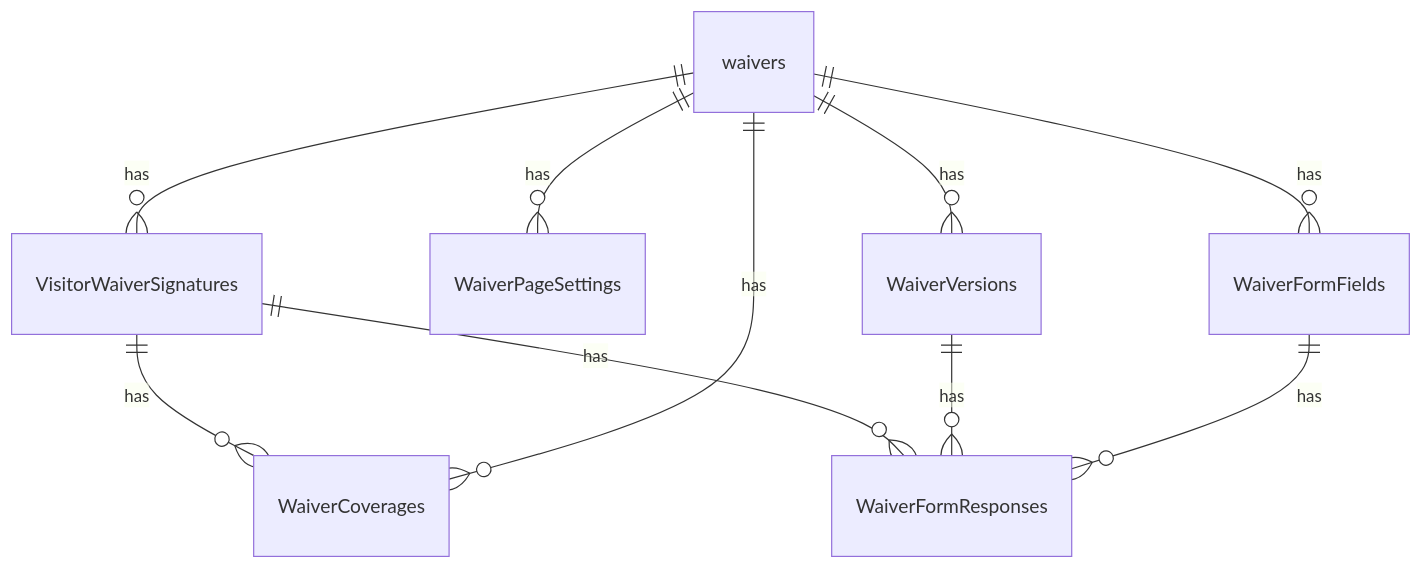
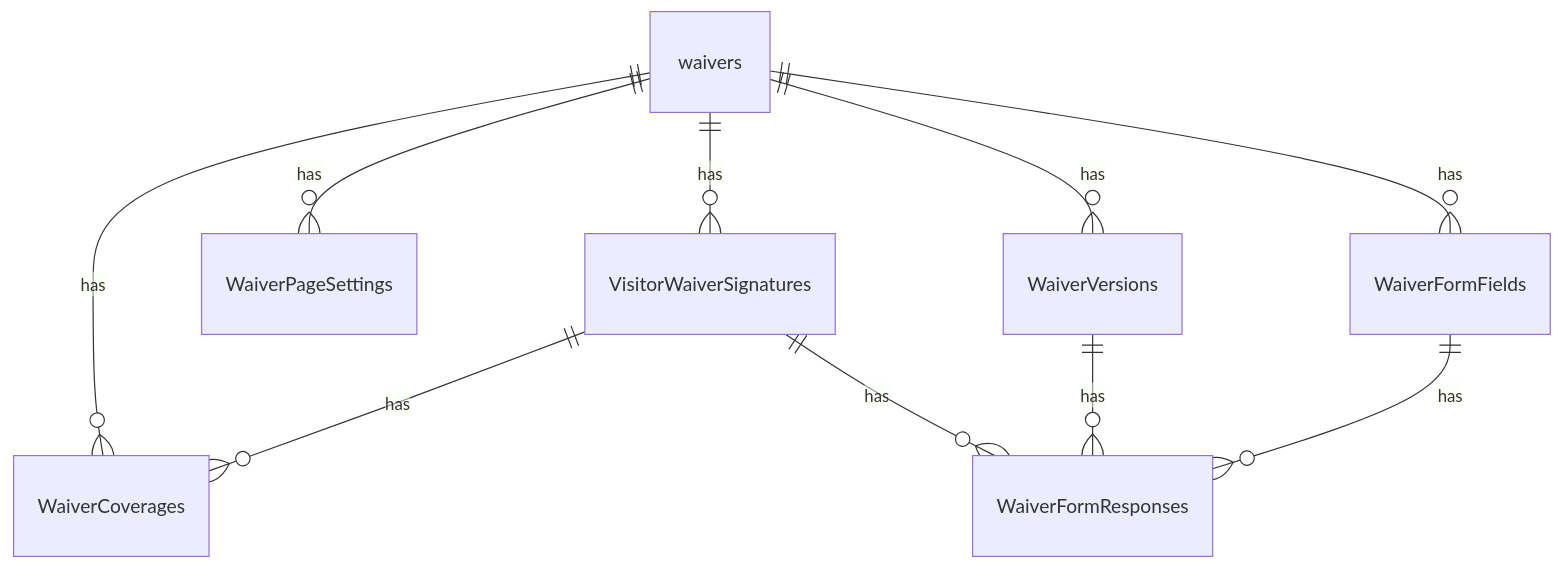
The sixth of 8 diagrams in Mermaid_Diagrams.md (Saksham-Gupta-GH/ER-Diagram), drawn with Mermaid before and after one commit. The commit also changed other lines of this file, not shown here.

Commit message:
Fix ER diagram generation bugs and update mappings

````diff
--- a/Mermaid_Diagrams.md
+++ b/Mermaid_Diagrams.md
@@ -190,12 +191,12 @@
 ```mermaid
 erDiagram
   waivers ||--o{ VisitorWaiverSignatures : "has"
   waivers ||--o{ WaiverPageSettings : "has"
-  VisitorWaiverSignatures ||--o{ WaiverCoverages : "has"
   waivers ||--o{ WaiverCoverages : "has"
   waivers ||--o{ WaiverVersions : "has"
   waivers ||--o{ WaiverFormFields : "has"
+  VisitorWaiverSignatures ||--o{ WaiverCoverages : "has"
   VisitorWaiverSignatures ||--o{ WaiverFormResponses : "has"
   WaiverVersions ||--o{ WaiverFormResponses : "has"
   WaiverFormFields ||--o{ WaiverFormResponses : "has"
 ```
````
